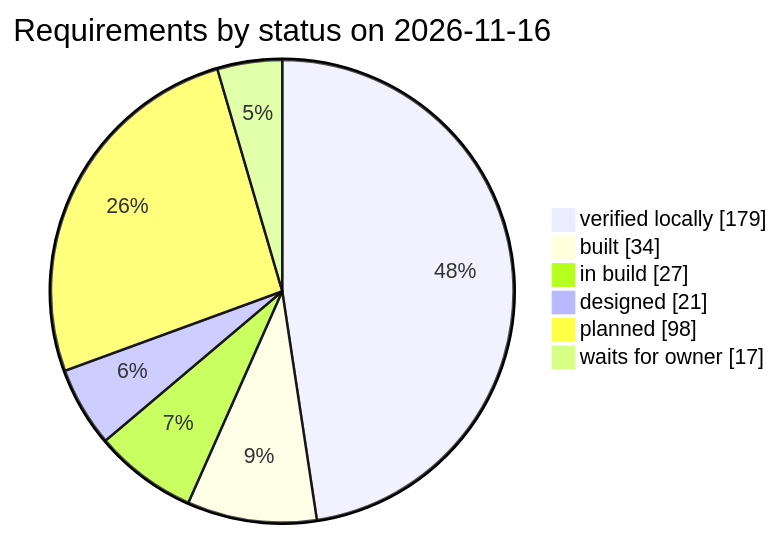
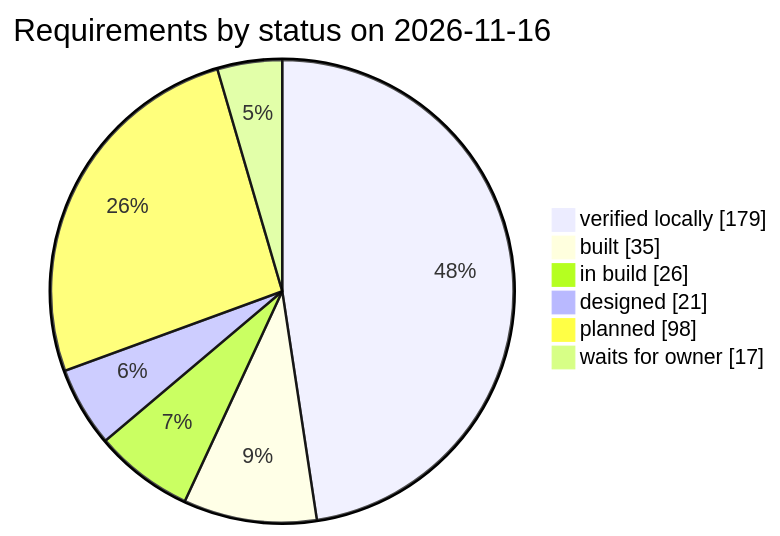
Before and after one commit to qa-io-vn/fnb-manager: the third of 3 diagrams in docs/requirements.md, drawn with Mermaid. The commit also changed other lines of this file and 37 other files, not shown here.

````diff
--- a/docs/requirements.md
+++ b/docs/requirements.md
@@ -982,10 +982,10 @@
 ```mermaid
 pie showData
     title Requirements by status on 2026-11-16
     "verified locally" : 179
-    "built" : 34
-    "in build" : 27
+    "built" : 35
+    "in build" : 26
     "designed" : 21
     "planned" : 98
     "waits for owner" : 17
 ```
````
